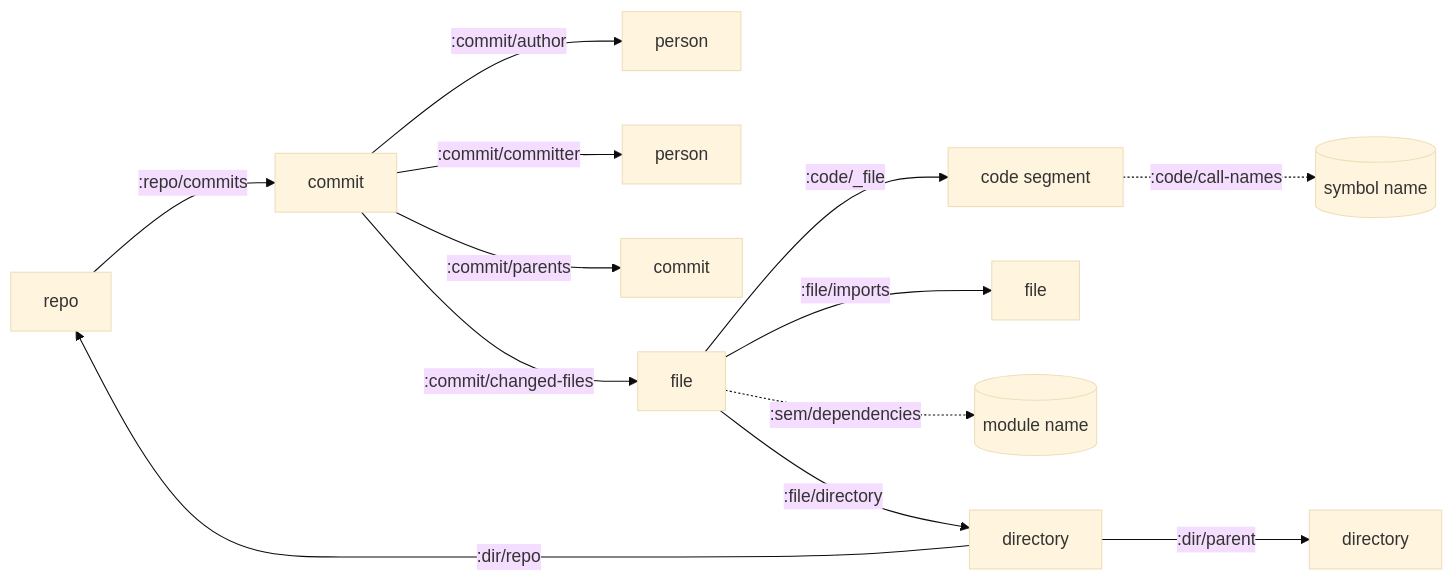
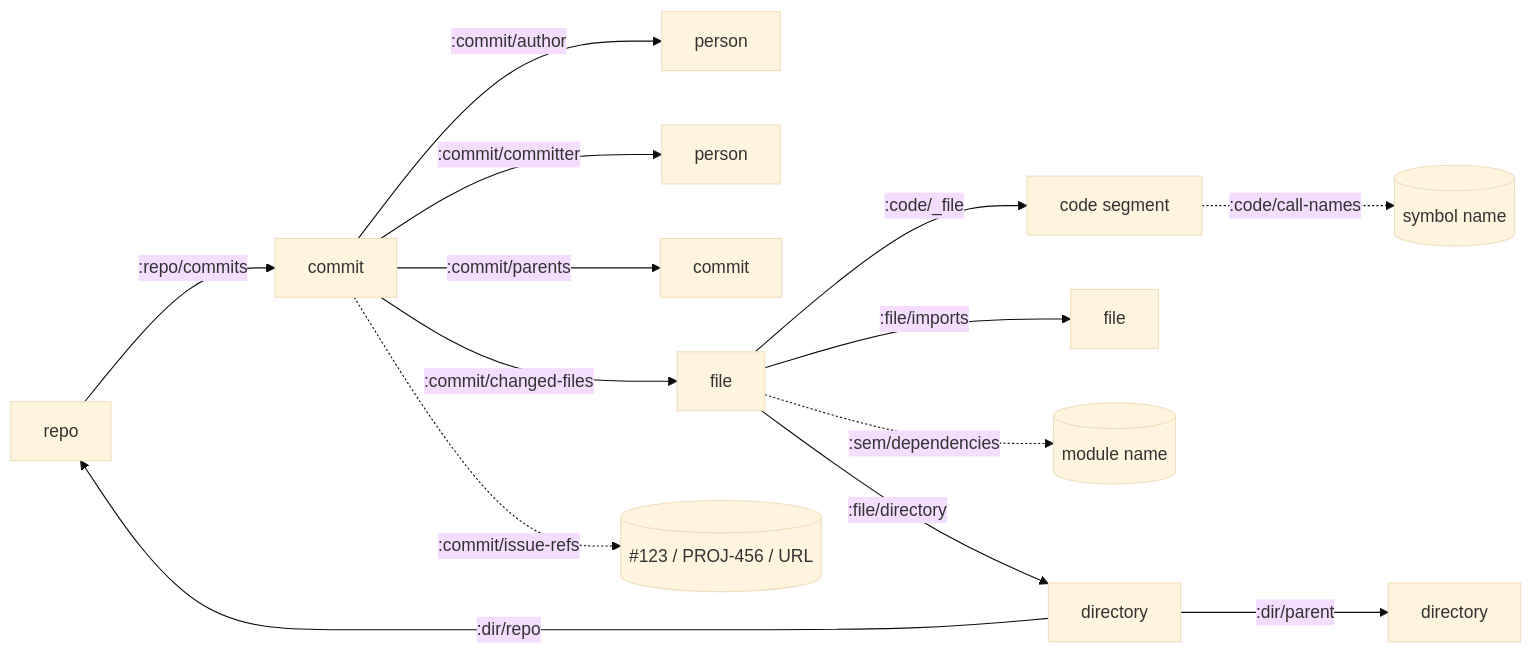
Before and after one commit to leifericf/noumenon: the second of 2 diagrams in README.md, drawn with Mermaid (base theme). The commit also changed other lines of this file, not shown here.

First line of the commit message:
docs(readme): add issue-refs to data model and relationship graph

````diff
--- a/README.md
+++ b/README.md
@@ -194,18 +194,19 @@
 ```mermaid
 flowchart LR
   Repo[repo] -->|:repo/commits| Commit[commit]
   Commit -->|:commit/author| Author[person]
   Commit -->|:commit/committer| Committer[person]
   Commit -->|:commit/parents| Parent[commit]
   Commit -->|:commit/changed-files| File[file]
+  Commit -.->|:commit/issue-refs| IssueRef[("#123 / PROJ-456 / URL")]
 
   File -->|:file/directory| Dir[directory]
   Dir -->|:dir/parent| ParentDir[directory]
   Dir -->|:dir/repo| Repo
 
   File -->|:file/imports| ImportedFile[file]
   File -.->|:sem/dependencies| DependencyName[(module name)]
 
   File -->|:code/_file| Code[code segment]
   Code -.->|:code/call-names| CalledName[(symbol name)]
 ```
````
